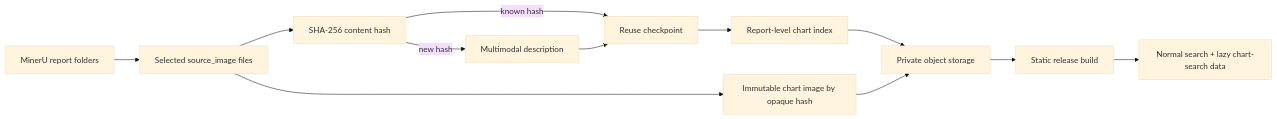
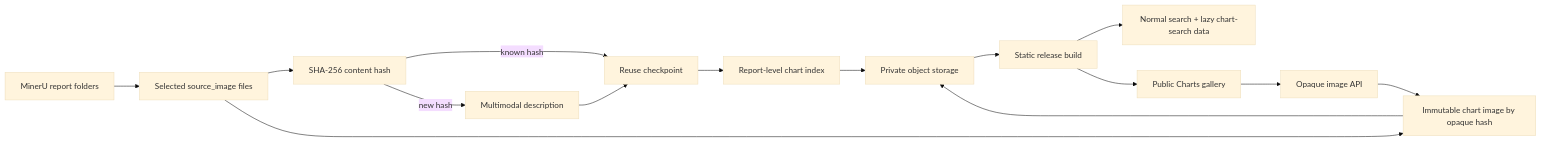
The diagram in docs/chart-search-architecture.md (yt-feng/rpt_edit), drawn with Mermaid (base theme) before and after one commit. The commit also changed other lines of this file and 30 other files, not shown here.

Commit message:
Add chart gallery and grounded report discovery

````diff
--- a/docs/chart-search-architecture.md
+++ b/docs/chart-search-architecture.md
@@ -14,14 +14,17 @@
 ```mermaid
 flowchart LR
   M["MinerU report folders"] --> C["Selected source_image files"]
   C --> H["SHA-256 content hash"]
   H -->|"known hash"| S["Reuse checkpoint"]
   H -->|"new hash"| V["Multimodal description"]
   V --> S
   S --> I["Report-level chart index"]
   C --> A["Immutable chart image by opaque hash"]
   I --> R["Private object storage"]
   A --> R
   R --> B["Static release build"]
   B --> Q["Normal search + lazy chart-search data"]
+  B --> G["Public Charts gallery"]
+  G --> P["Opaque image API"]
+  P --> A
 ```
````
